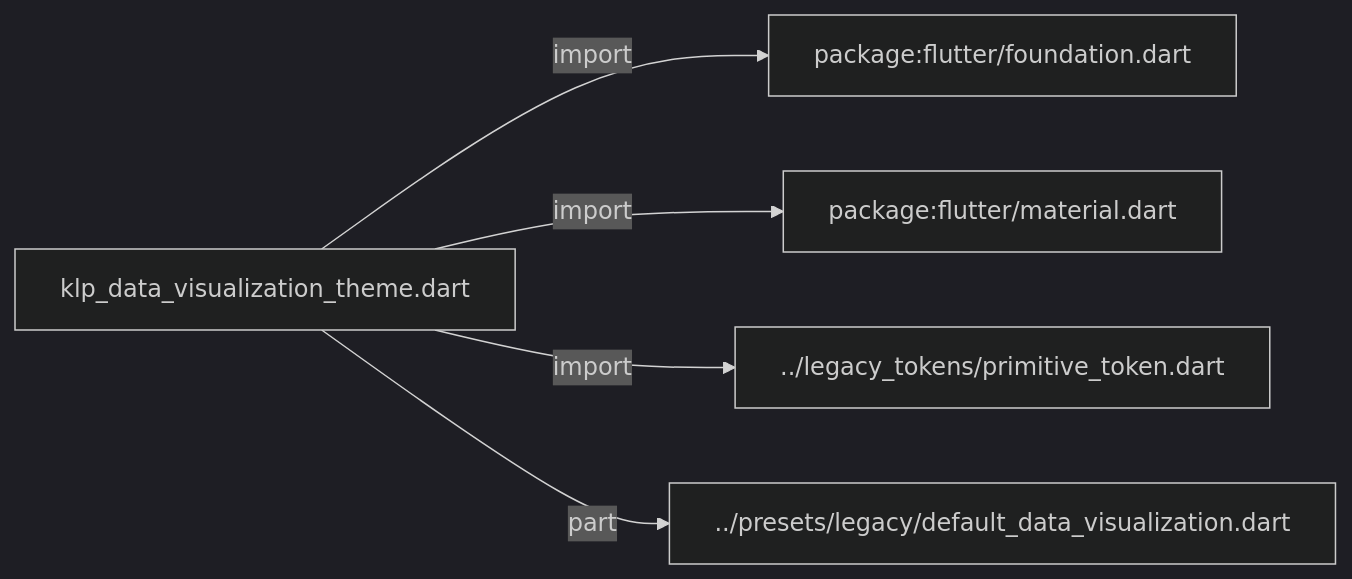
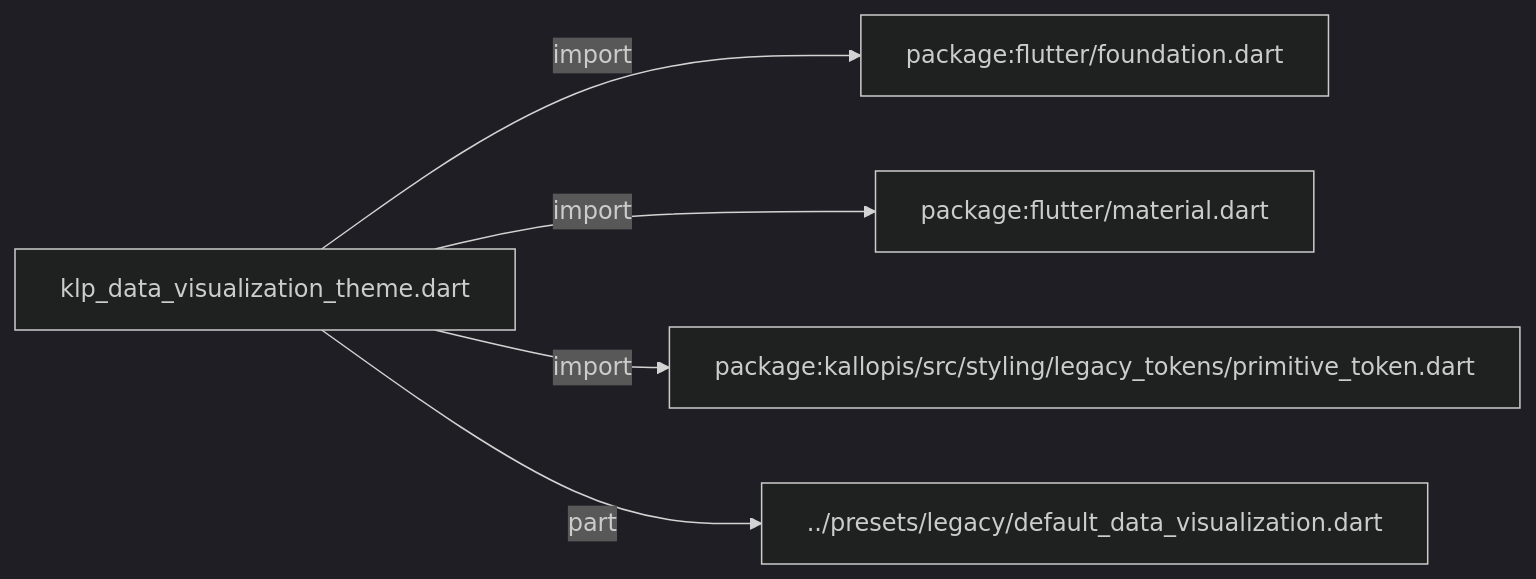
Before and after one commit to MiuDog/Kallopis: the first of 4 diagrams in docs/architecture/src/styling/legacy_theme/klp_data_visualization_theme.md, drawn with Mermaid (dark theme). The commit also changed other lines of this file and 9688 other files, not shown here.

Commit message:
Prepare isolated Flow F2 peer baseline

````diff
--- a/docs/architecture/src/styling/legacy_theme/klp_data_visualization_theme.md
+++ b/docs/architecture/src/styling/legacy_theme/klp_data_visualization_theme.md
@@ -11,12 +11,12 @@
 ```mermaid
 flowchart LR
 	n0["klp_data_visualization_theme.dart"]
 	n1["package:flutter/foundation.dart"]
 	n2["package:flutter/material.dart"]
-	n3["../legacy_tokens/primitive_token.dart"]
+	n3["package:kallopis/src/styling/legacy_tokens/primitive_token.dart"]
 	n4["../presets/legacy/default_data_visualization.dart"]
 	n0 -->|"import"| n1
 	n0 -->|"import"| n2
 	n0 -->|"import"| n3
 	n0 -->|"part"| n4
 ```
````
